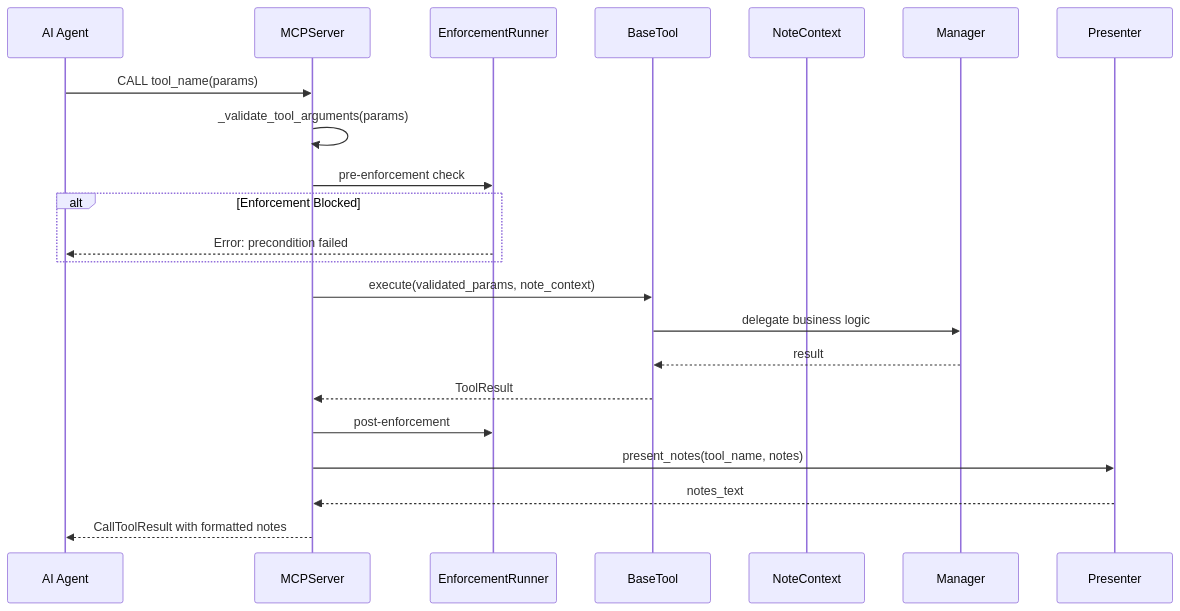
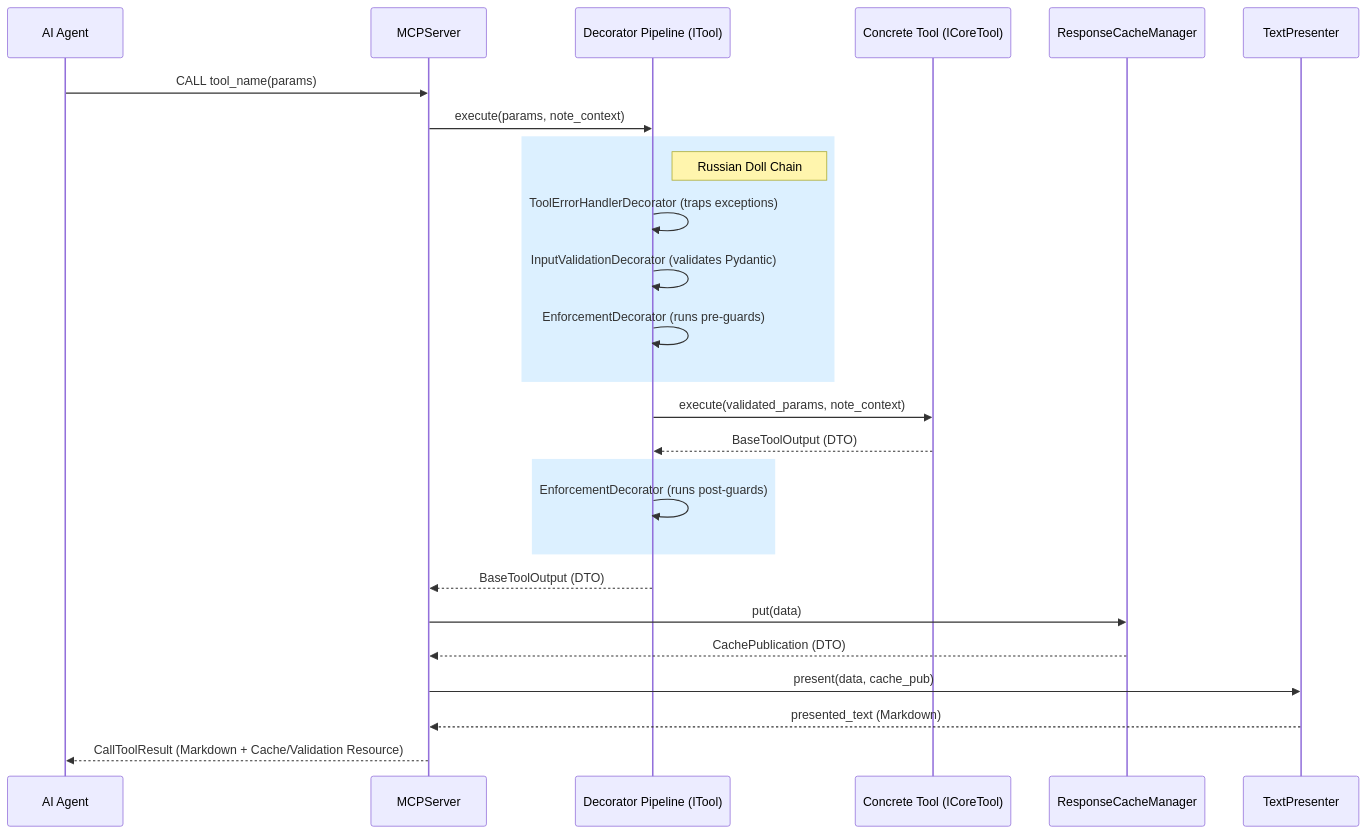
Before and after one commit to MikeyVK/phase-gate-mcp: the third of 4 diagrams in docs/mcp_server/ARCHITECTURE.md, drawn with Mermaid. The commit also changed other lines of this file, not shown here.

Commit message:
docs(P_DOCUMENTATION): Documentation for #406 (#406)

````diff
--- a/docs/mcp_server/ARCHITECTURE.md
+++ b/docs/mcp_server/ARCHITECTURE.md
@@ -468,27 +476,36 @@
 ```mermaid
 sequenceDiagram
     participant Agent as AI Agent
     participant Server as MCPServer
-    participant Enforce as EnforcementRunner
-    participant Tool as BaseTool
-    participant Notes as NoteContext
-    participant Manager as Manager
+    participant Pipeline as Decorator Pipeline (ITool)
+    participant Tool as Concrete Tool (ICoreTool)
+    participant Cache as ResponseCacheManager
+    participant Presenter as TextPresenter
 
     Agent->>Server: CALL tool_name(params)
-    Server->>Server: _validate_tool_arguments(params)
-    Server->>Enforce: pre-enforcement check
-
-    alt Enforcement Blocked
-        Enforce-->>Agent: Error: precondition failed
+    Server->>Pipeline: execute(params, note_context)
+    
+    rect rgb(220, 240, 255)
+        note right of Pipeline: Russian Doll Chain
+        Pipeline->>Pipeline: ToolErrorHandlerDecorator (traps exceptions)
+        Pipeline->>Pipeline: InputValidationDecorator (validates Pydantic)
+        Pipeline->>Pipeline: EnforcementDecorator (runs pre-guards)
     end
 
-    Server->>Tool: execute(validated_params, note_context)
-    Tool->>Manager: delegate business logic
-    Manager-->>Tool: result
-    Tool-->>Server: ToolResult
-
-    Server->>Enforce: post-enforcement
-    Server->>Presenter: present_notes(tool_name, notes)
-    Presenter-->>Server: notes_text
-    Server-->>Agent: CallToolResult with formatted notes
+    Pipeline->>Tool: execute(validated_params, note_context)
+    Tool-->>Pipeline: BaseToolOutput (DTO)
+    
+    rect rgb(220, 240, 255)
+        Pipeline->>Pipeline: EnforcementDecorator (runs post-guards)
+    end
+    
+    Pipeline-->>Server: BaseToolOutput (DTO)
+    
+    Server->>Cache: put(data)
+    Cache-->>Server: CachePublication (DTO)
+    
+    Server->>Presenter: present(data, cache_pub)
+    Presenter-->>Server: presented_text (Markdown)
+    
+    Server-->>Agent: CallToolResult (Markdown + Cache/Validation Resource)
 ```
````
